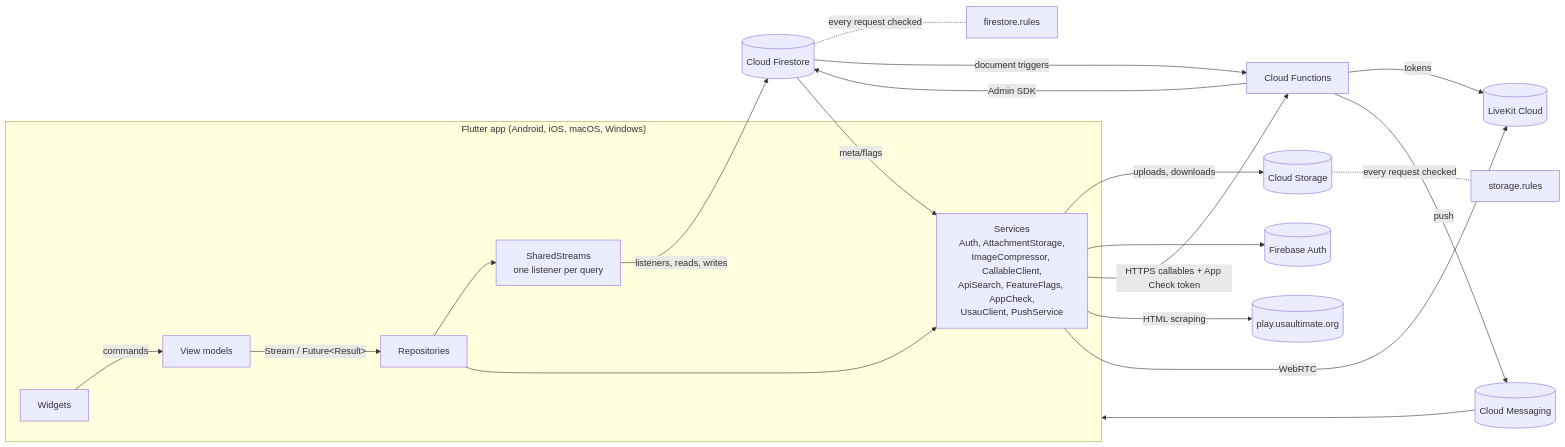
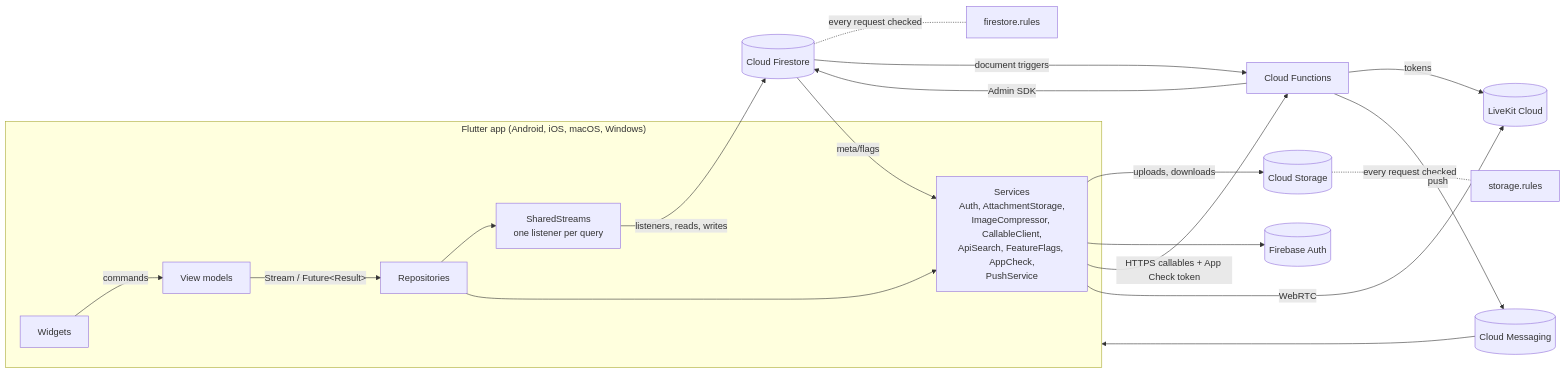
One commit to brianrhonea/frisbee_app changed the first of 3 diagrams in docs/ARCHITECTURE.md. Above: the diagram before and after it, drawn with Mermaid. The commit also changed other lines of this file and 209 other files, not shown here.

````diff
--- a/docs/ARCHITECTURE.md
+++ b/docs/ARCHITECTURE.md
@@ -97,25 +96,24 @@
 ```mermaid
 flowchart LR
   subgraph Device["Flutter app (Android, iOS, macOS, Windows)"]
     W[Widgets] -->|commands| VM[View models]
     VM -->|Stream / Future&lt;Result&gt;| R[Repositories]
     R --> SS[SharedStreams<br/>one listener per query]
-    R --> SV[Services<br/>Auth, AttachmentStorage,<br/>ImageCompressor, CallableClient,<br/>ApiSearch, FeatureFlags, AppCheck,<br/>UsauClient, PushService]
+    R --> SV[Services<br/>Auth, AttachmentStorage,<br/>ImageCompressor, CallableClient,<br/>ApiSearch, FeatureFlags, AppCheck,<br/>PushService]
   end
 
   SS -->|listeners, reads, writes| FS[(Cloud Firestore)]
   SV -->|uploads, downloads| ST[(Cloud Storage)]
   SV --> AU[(Firebase Auth)]
   SV -->|HTTPS callables + App Check token| CF[Cloud Functions]
-  SV -->|HTML scraping| USAU[(play.usaultimate.org)]
   SV -->|WebRTC| LK[(LiveKit Cloud)]
 
   FS -. every request checked .- FR[firestore.rules]
   ST -. every request checked .- SR[storage.rules]
   FS -->|document triggers| CF
   CF -->|Admin SDK| FS
   CF -->|tokens| LK
   CF -->|push| FCM[(Cloud Messaging)]
   FCM --> Device
   FS -->|meta/flags| SV
 ```
````
